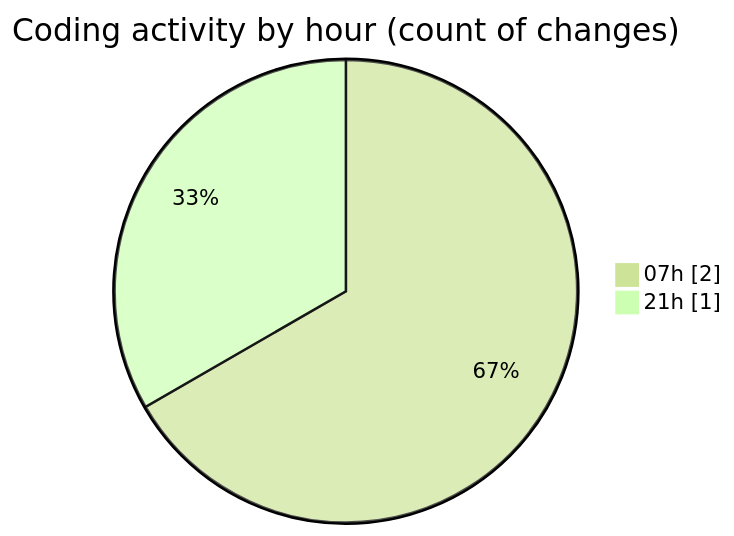
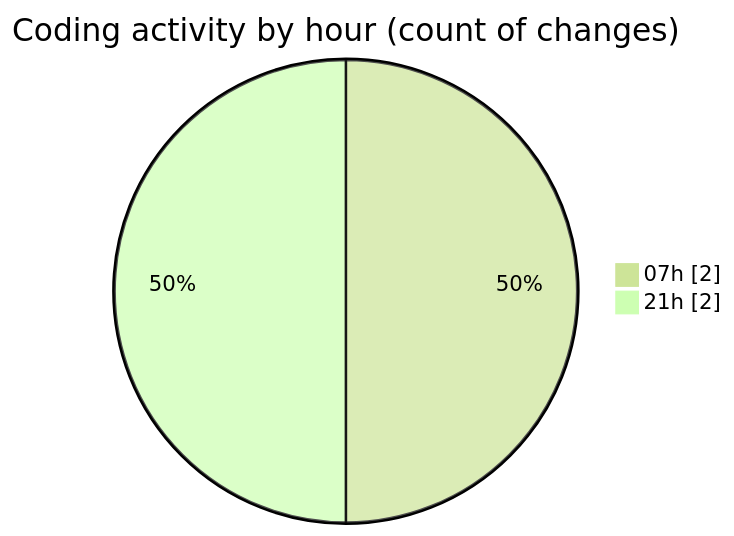
Before and after one commit to yexinjia/code-tracking: the second of 2 diagrams in 2026-09-10/repo-copilot/README.md, drawn with Mermaid (forest theme). The commit also changed other lines of this file and 1 other file, not shown here.

````diff
--- a/2026-09-10/repo-copilot/README.md
+++ b/2026-09-10/repo-copilot/README.md
@@ -29,6 +29,6 @@
 ```mermaid
 pie showData
 title Coding activity by hour (count of changes)
 "07h" : 2
-"21h" : 1
+"21h" : 2
 ```
````
